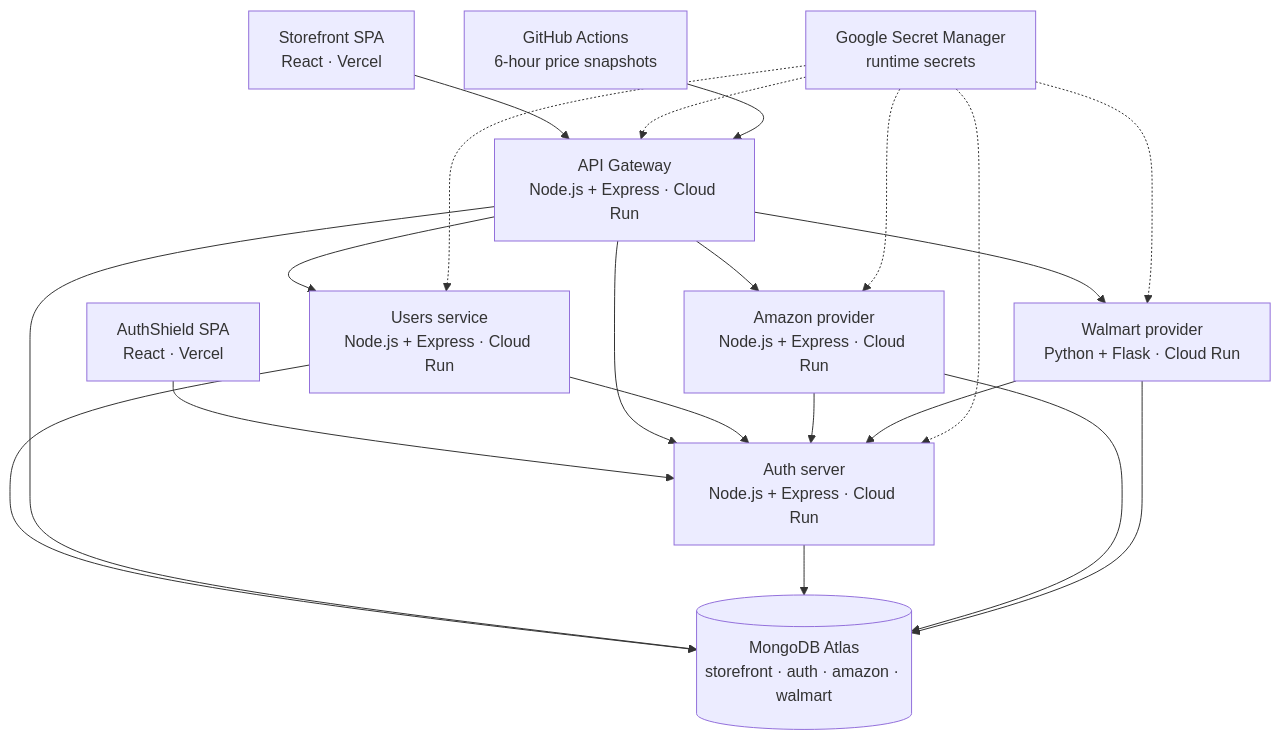
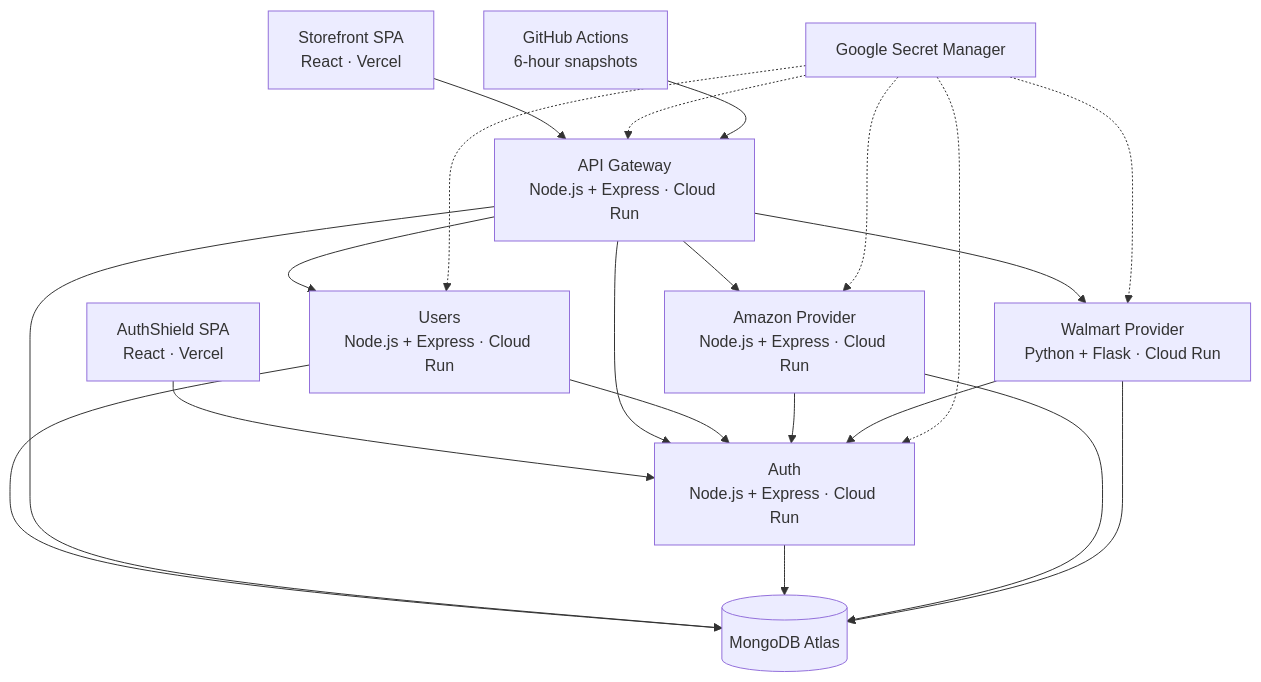
Before and after one commit to CHAITANYAGANDI/Trendy_Treasures: the diagram in README.md, drawn with Mermaid. The commit also changed other lines of this file, not shown here.

````diff
--- a/README.md
+++ b/README.md
@@ -22,34 +117,41 @@
 ```mermaid
 flowchart TB
     Storefront["Storefront SPA<br/>React · Vercel"]
     AuthClient["AuthShield SPA<br/>React · Vercel"]
+
     Gateway["API Gateway<br/>Node.js + Express · Cloud Run"]
-    Users["Users service<br/>Node.js + Express · Cloud Run"]
-    Auth["Auth server<br/>Node.js + Express · Cloud Run"]
-    Amazon["Amazon provider<br/>Node.js + Express · Cloud Run"]
-    Walmart["Walmart provider<br/>Python + Flask · Cloud Run"]
-    Atlas[("MongoDB Atlas<br/>storefront · auth · amazon · walmart")]
-    Secrets["Google Secret Manager<br/>runtime secrets"]
-    Actions["GitHub Actions<br/>6-hour price snapshots"]
+    Users["Users<br/>Node.js + Express · Cloud Run"]
+    Auth["Auth<br/>Node.js + Express · Cloud Run"]
+    Amazon["Amazon Provider<br/>Node.js + Express · Cloud Run"]
+    Walmart["Walmart Provider<br/>Python + Flask · Cloud Run"]
+
+    Atlas[("MongoDB Atlas")]
+    Secrets["Google Secret Manager"]
+    Actions["GitHub Actions<br/>6-hour snapshots"]
 
     Storefront --> Gateway
     AuthClient --> Auth
+
     Gateway --> Users
     Gateway --> Amazon
     Gateway --> Walmart
     Gateway --> Auth
+
     Users --> Auth
     Amazon --> Auth
     Walmart --> Auth
+
     Users --> Atlas
     Gateway --> Atlas
     Auth --> Atlas
     Amazon --> Atlas
     Walmart --> Atlas
+
     Secrets -.-> Gateway
     Secrets -.-> Users
     Secrets -.-> Auth
     Secrets -.-> Amazon
     Secrets -.-> Walmart
+
     Actions --> Gateway
 ```
````
